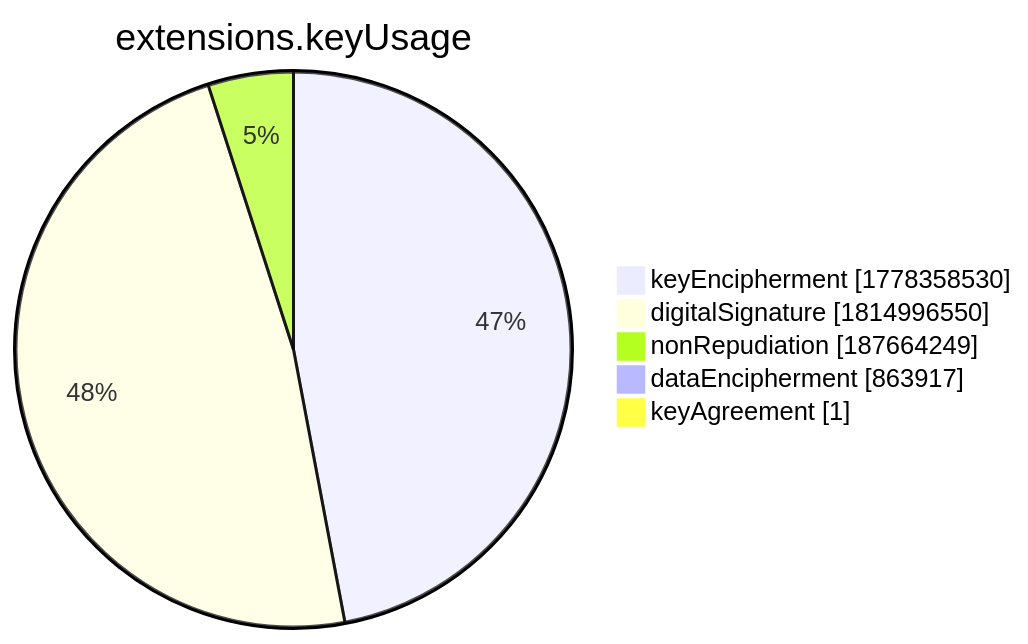
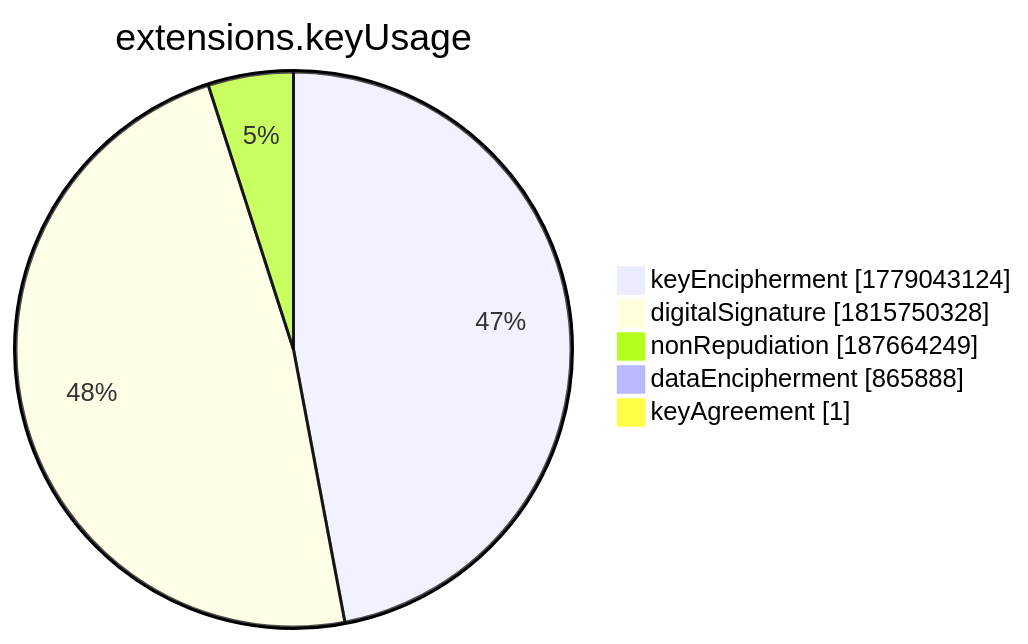
Before and after one commit to christiankrug/ctmonitor_visualization: the seventh of 15 diagrams in xenon2022/README.md, drawn with Mermaid. The commit also changed other lines of this file, not shown here.

````diff
--- a/xenon2022/README.md
+++ b/xenon2022/README.md
@@ -2859,9 +2859,9 @@
 ```mermaid
 pie showData
 title extensions.keyUsage
-"keyEncipherment" :1778358530
-"digitalSignature" :1814996550
+"keyEncipherment" :1779043124
+"digitalSignature" :1815750328
 "nonRepudiation" :187664249
-"dataEncipherment" :863917
+"dataEncipherment" :865888
 "keyAgreement" :1
 ```
````
